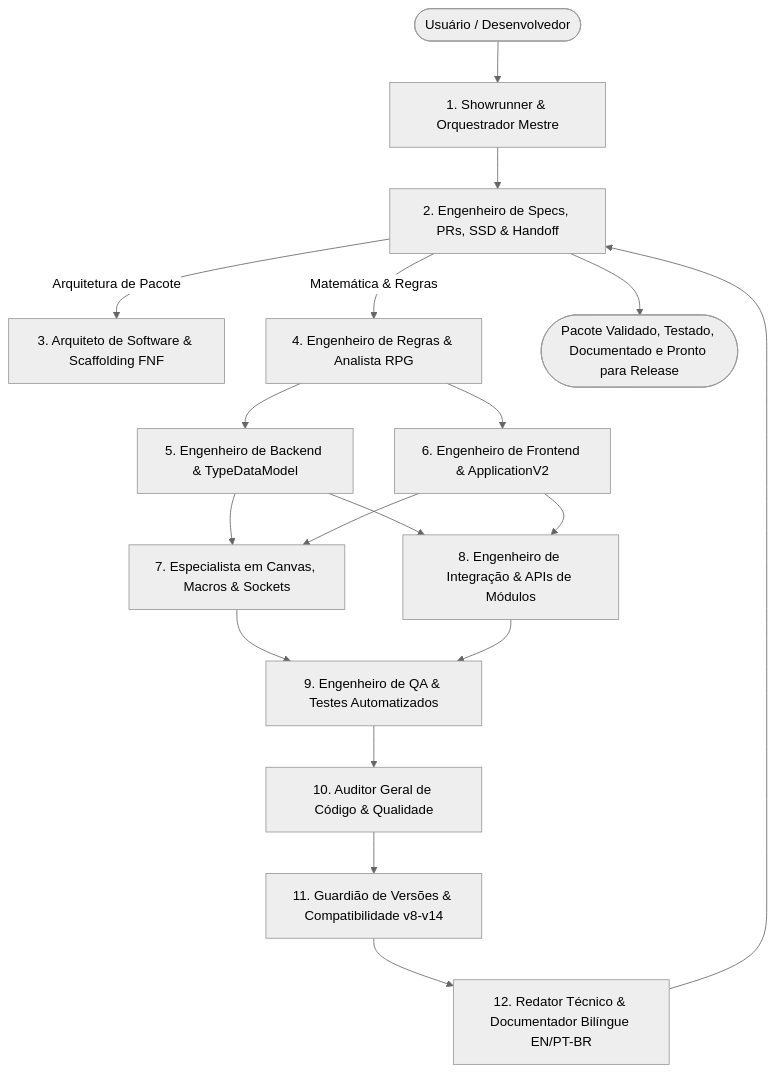
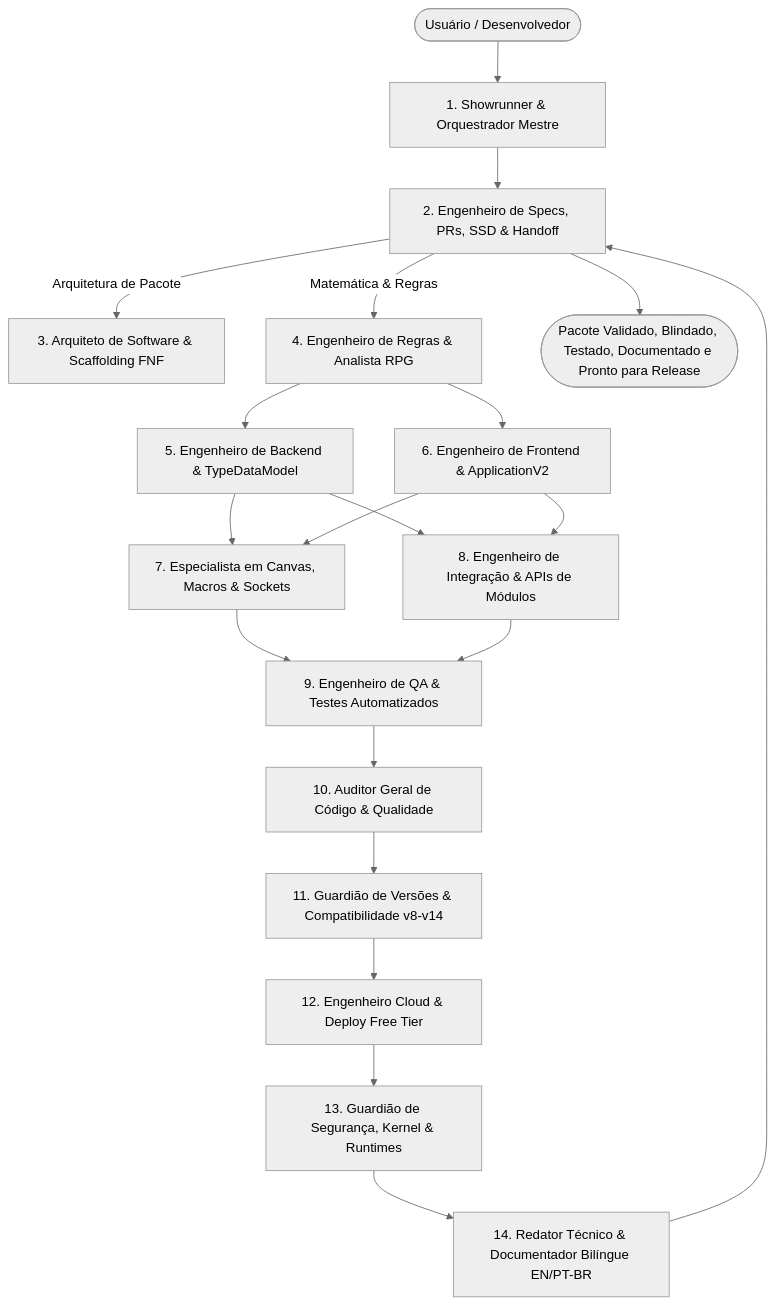
The diagram in .agents/skills/master-of-foundryvtt/references/arquitetura-subagentes-foundry.md (CharlesCorreaDev/fvtt-modules-plus), drawn with Mermaid (neutral theme) before and after one commit. The commit also changed other lines of this file and 12 other files, not shown here.

````diff
--- a/.agents/skills/master-of-foundryvtt/references/arquitetura-subagentes-foundry.md
+++ b/.agents/skills/master-of-foundryvtt/references/arquitetura-subagentes-foundry.md
@@ -10,28 +10,30 @@
 ```mermaid
 flowchart TD
     User([Usuário / Desenvolvedor]) --> Showrunner[1. Showrunner & Orquestrador Mestre]
     
     Showrunner --> SpecHandoff[2. Engenheiro de Specs, PRs, SSD & Handoff]
     
     SpecHandoff -->|Arquitetura de Pacote| Scaffolder[3. Arquiteto de Software & Scaffolding FNF]
     SpecHandoff -->|Matemática & Regras| RuleEngineer[4. Engenheiro de Regras & Analista RPG]
     
     RuleEngineer --> BackendDev[5. Engenheiro de Backend & TypeDataModel]
     RuleEngineer --> FrontendDev[6. Engenheiro de Frontend & ApplicationV2]
     
     BackendDev --> CanvasDev[7. Especialista em Canvas, Macros & Sockets]
     FrontendDev --> CanvasDev
     
     BackendDev & FrontendDev --> ApiIntegrator[8. Engenheiro de Integração & APIs de Módulos]
     
     CanvasDev & ApiIntegrator --> QAEvaluator[9. Engenheiro de QA & Testes Automatizados]
     
     QAEvaluator --> CodeReviewer[10. Auditor Geral de Código & Qualidade]
     
     CodeReviewer --> VersionGatekeeper[11. Guardião de Versões & Compatibilidade v8-v14]
     
-    VersionGatekeeper --> TechnicalWriter[12. Redator Técnico & Documentador Bilíngue EN/PT-BR]
+    VersionGatekeeper --> CloudDevOps[12. Engenheiro Cloud & Deploy Free Tier]
+    CloudDevOps --> SecOpsKernel[13. Guardião de Segurança, Kernel & Runtimes]
+    SecOpsKernel --> TechnicalWriter[14. Redator Técnico & Documentador Bilíngue EN/PT-BR]
     
     TechnicalWriter --> SpecHandoff
-    SpecHandoff --> OutputFinal([Pacote Validado, Testado, Documentado e Pronto para Release])
+    SpecHandoff --> OutputFinal([Pacote Validado, Blindado, Testado, Documentado e Pronto para Release])
 ```
````
